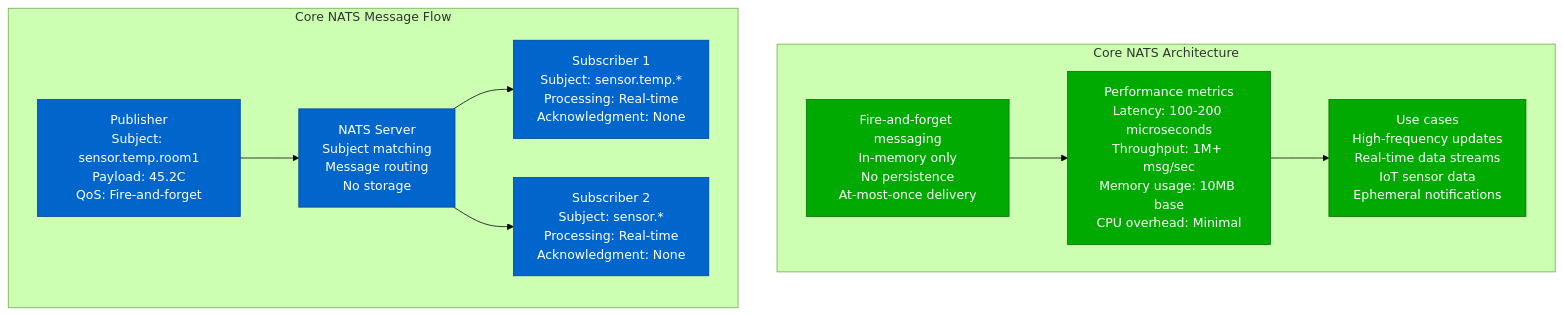
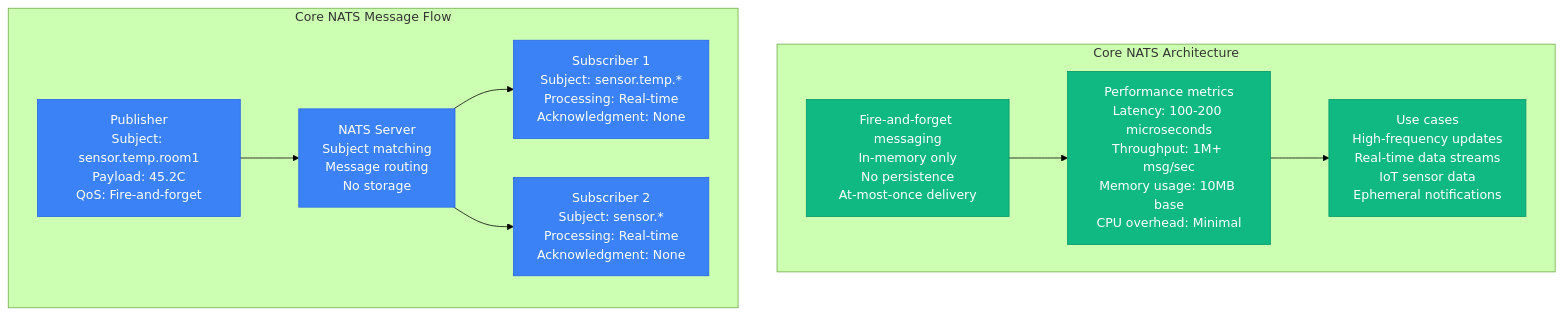
Before and after one commit to deepaucksharma/DS: the first of 13 diagrams in site/docs/performance/nats-performance-profile.md, drawn with Mermaid (forest theme). The commit also changed other lines of this file and 303 other files, not shown here.

````diff
--- a/site/docs/performance/nats-performance-profile.md
+++ b/site/docs/performance/nats-performance-profile.md
@@ -11,32 +11,32 @@
 ```mermaid
 graph TB
     subgraph "Core NATS Architecture"
         CORE1[Fire-and-forget messaging<br/>In-memory only<br/>No persistence<br/>At-most-once delivery]
 
         CORE2[Performance metrics<br/>Latency: 100-200 microseconds<br/>Throughput: 1M+ msg/sec<br/>Memory usage: 10MB base<br/>CPU overhead: Minimal]
 
         CORE3[Use cases<br/>High-frequency updates<br/>Real-time data streams<br/>IoT sensor data<br/>Ephemeral notifications]
 
         CORE1 --> CORE2 --> CORE3
     end
 
     subgraph "Core NATS Message Flow"
         PUB[Publisher<br/>Subject: sensor.temp.room1<br/>Payload: 45.2C<br/>QoS: Fire-and-forget]
 
         SERVER[NATS Server<br/>Subject matching<br/>Message routing<br/>No storage]
 
         SUB1[Subscriber 1<br/>Subject: sensor.temp.*<br/>Processing: Real-time<br/>Acknowledgment: None]
 
         SUB2[Subscriber 2<br/>Subject: sensor.*<br/>Processing: Real-time<br/>Acknowledgment: None]
 
         PUB --> SERVER
         SERVER --> SUB1
         SERVER --> SUB2
     end
 
-    classDef coreStyle fill:#00AA00,stroke:#007700,color:#fff
-    classDef flowStyle fill:#0066CC,stroke:#004499,color:#fff
+    classDef coreStyle fill:#10B981,stroke:#059669,color:#fff
+    classDef flowStyle fill:#3B82F6,stroke:#2563EB,color:#fff
 
     class CORE1,CORE2,CORE3 coreStyle
     class PUB,SERVER,SUB1,SUB2 flowStyle
 ```
````
